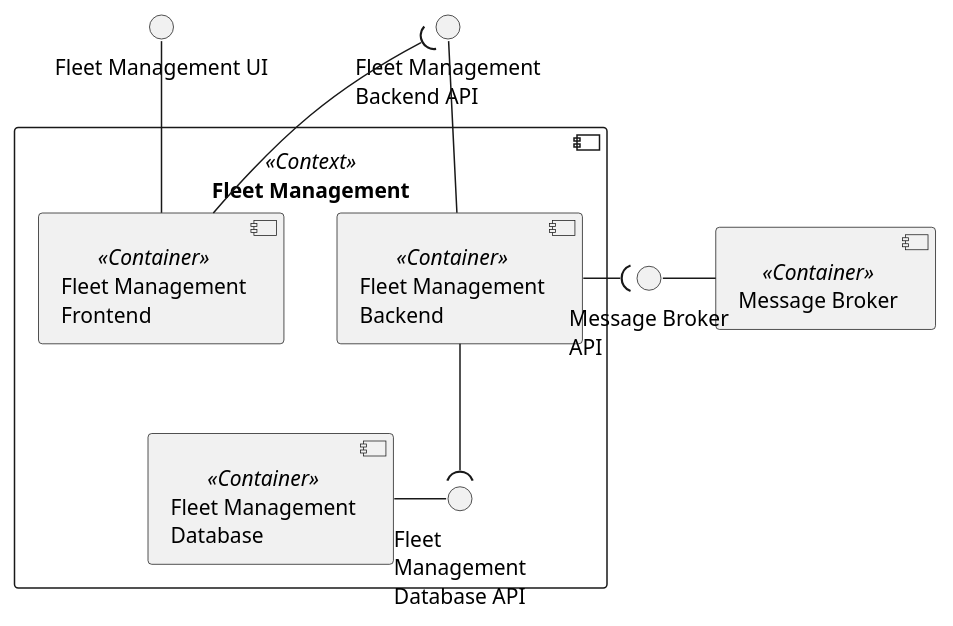
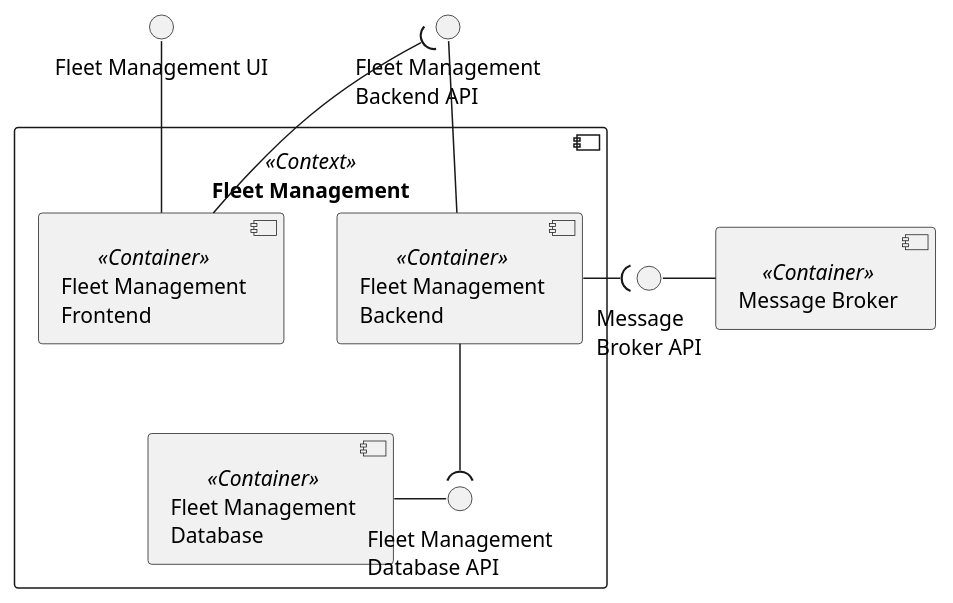
Before and after one commit to FilipeMCruz/dissertation: the diagram in assets/diagrams/design/architectural/level2/logical/fleet-management-context.pu, drawn with PlantUML. The commit also changed 343 other files, not shown here.

```diff
--- a/assets/diagrams/design/architectural/level2/logical/fleet-management-context.pu
+++ b/assets/diagrams/design/architectural/level2/logical/fleet-management-context.pu
@@ -1,28 +1,28 @@
 @startuml fleet-management-context
 
 interface "Fleet Management UI" as FRONT_API
 interface "Fleet Management\nBackend API" as BACK_API
 
 component "Fleet Management" <<Context>> {
     component "Fleet Management\nBackend" <<Container>> as BACK
     component "Fleet Management\nFrontend" <<Container>> as FRONT
     component "Fleet Management\nDatabase" <<Container>> as DB
 
-    interface "Fleet\nManagement\nDatabase API" as DB_API
+    interface "Fleet Management\nDatabase API" as DB_API
 
     DB - DB_API
     FRONT_API -- FRONT
     BACK_API -- BACK
     BACK --( DB_API
     FRONT --( BACK_API
 
 }
 
 component "Message Broker" <<Container>> as MB
-interface "Message Broker\nAPI" as MB_API
+interface "Message\nBroker API" as MB_API
 
 MB_API - MB
 
 BACK -( MB_API
 
 @enduml
```
